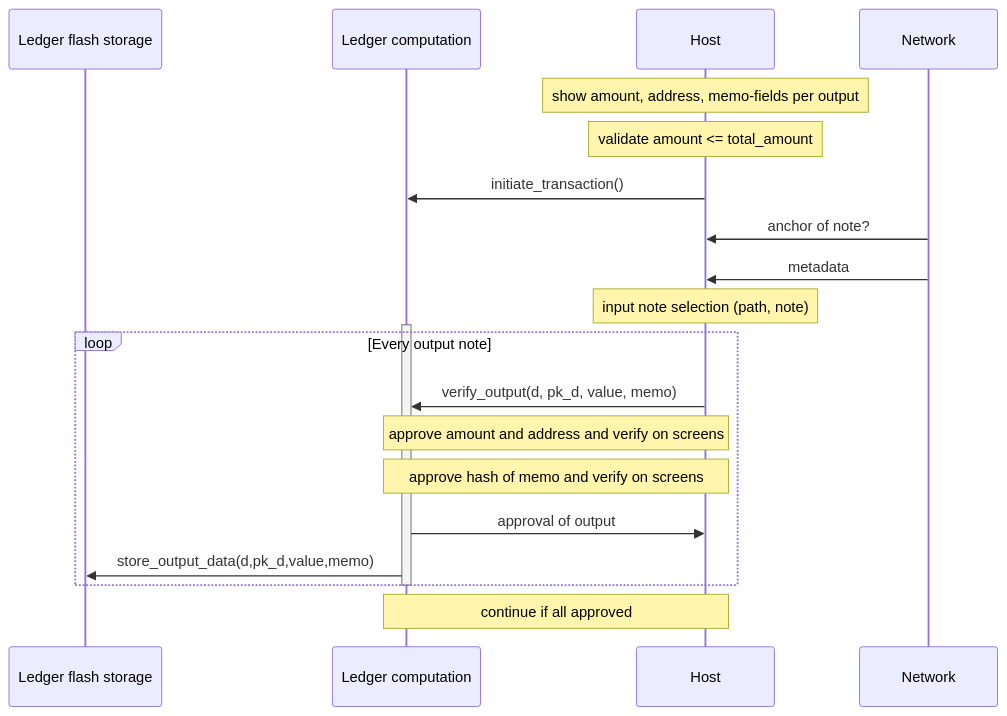
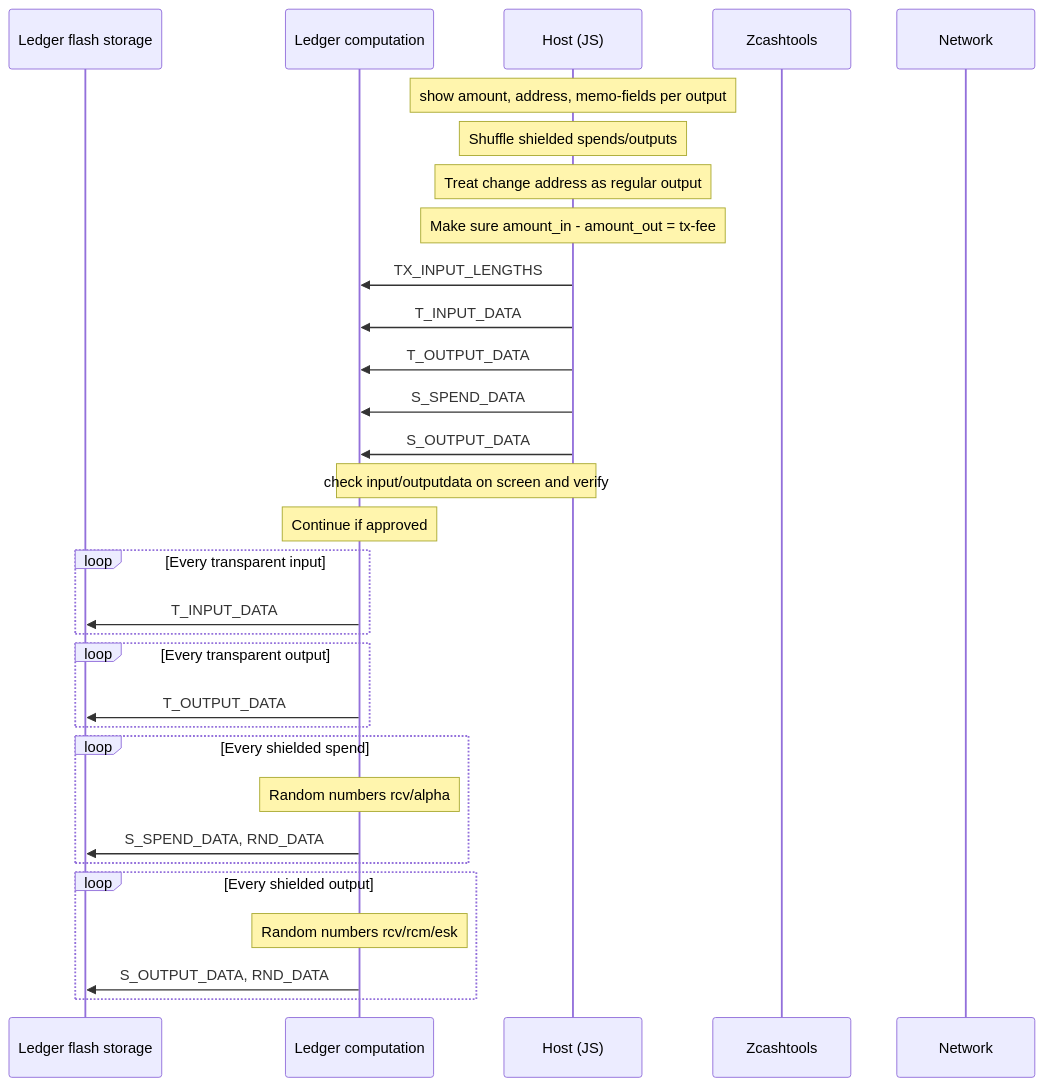
The third of 6 diagrams in docs/zcash_workflow.md (Zondax/ledger-zcash), drawn with Mermaid before and after one commit. The commit also changed other lines of this file and 7 other files, not shown here.

````diff
--- a/docs/zcash_workflow.md
+++ b/docs/zcash_workflow.md
@@ -51,26 +55,37 @@
 ```mermaid
   sequenceDiagram
   participant LF as Ledger flash storage
   participant LC as Ledger computation 
-  participant H as Host
+  participant H as Host (JS)
+  participant Z as Zcashtools
   participant N as Network
 
   Note over H: show amount, address, memo-fields per output
-  Note over H: validate amount <= total_amount
-  H ->> LC: initiate_transaction()
-N ->> H: anchor of note?
-N ->> H: metadata
-Note over H: input note selection (path, note)
+  Note over H: Shuffle shielded spends/outputs
+  Note over H: Treat change address as regular output
+  Note over H: Make sure amount_in - amount_out = tx-fee
+  H ->> LC: TX_INPUT_LENGTHS 
+  H ->> LC: T_INPUT_DATA 
+  H ->> LC: T_OUTPUT_DATA
+  H ->> LC: S_SPEND_DATA
+  H ->> LC: S_OUTPUT_DATA
+  Note over LC,H: check input/outputdata on screen and verify
+  Note over LC: Continue if approved
+  loop Every transparent input
+  LC ->> LF: T_INPUT_DATA
+  end
 
-  activate LC
-  loop Every output note
-  H ->> LC: verify_output(d, pk_d, value, memo)
-  Note over H,LC: approve amount and address and verify on screens
-  Note over H,LC: approve hash of memo and verify on screens
-  LC ->> H: approval of output
-  LC ->> LF: store_output_data(d,pk_d,value,memo)
+  loop Every transparent output
+  LC ->> LF: T_OUTPUT_DATA
   end
-  deactivate LC
-  #compute value balance and approve
-  Note over LC,H: continue if all approved
-  ```
+
+  loop Every shielded spend
+  Note over LC: Random numbers rcv/alpha
+  LC ->> LF: S_SPEND_DATA, RND_DATA
+  end
+
+  loop Every shielded output
+  Note over LC: Random numbers rcv/rcm/esk
+  LC ->> LF: S_OUTPUT_DATA, RND_DATA
+  end
+```
````
